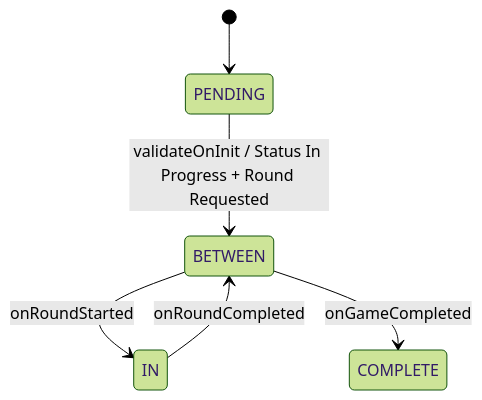
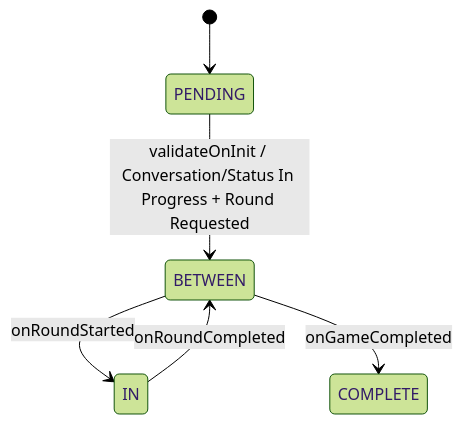
The second of 4 diagrams in README.md (bluecontract/myos-demo-quiz), drawn with Mermaid (forest theme) before and after one commit. The commit also changed other lines of this file and 20 other files, not shown here.

````diff
--- a/README.md
+++ b/README.md
@@ -117,8 +117,8 @@
 ```mermaid
 stateDiagram-v2
   [*] --> PENDING
-  PENDING --> BETWEEN: validateOnInit / Status In Progress + Round Requested
+  PENDING --> BETWEEN: validateOnInit / Conversation/Status In Progress + Round Requested
   BETWEEN --> IN: onRoundStarted
   IN --> BETWEEN: onRoundCompleted
   BETWEEN --> COMPLETE: onGameCompleted
 ```
````
